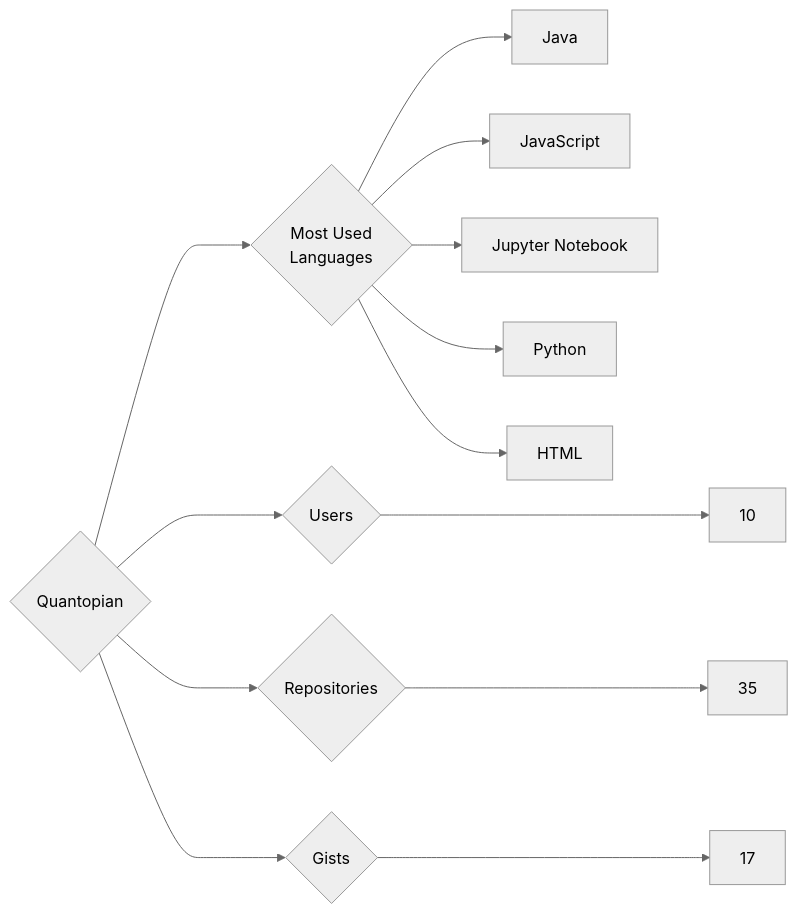
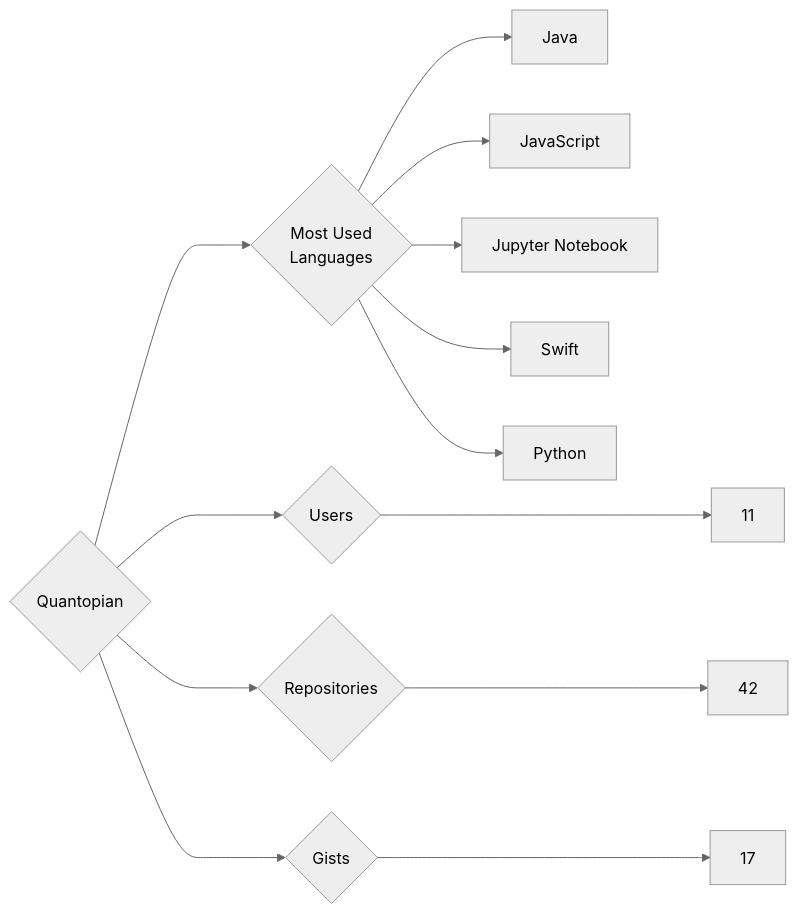
One commit to trickest/insiders changed the diagram in targets/Quantopian/README.md. Above: the diagram before and after it, drawn with Mermaid (neutral theme). The commit also changed 1248 other files, not shown here.

````diff
--- a/targets/Quantopian/README.md
+++ b/targets/Quantopian/README.md
@@ -3,13 +3,13 @@
 ```mermaid
 graph LR
 COMPANY_NAME{Quantopian}
-COMPANY_NAME ---> U{Users} ---> UN[10]
-COMPANY_NAME ---> R{Repositories} ---> RN[35]
+COMPANY_NAME ---> U{Users} ---> UN[11]
+COMPANY_NAME ---> R{Repositories} ---> RN[42]
 COMPANY_NAME ---> G{Gists} ---> GN[17]
 COMPANY_NAME ---> ML{Most Used<br>Languages}
 ML --> Java[Java]
 ML --> JavaScript[JavaScript]
 ML --> Jupyter_Notebook[Jupyter Notebook]
+ML --> Swift[Swift]
 ML --> Python[Python]
-ML --> HTML[HTML]
 ```
````
